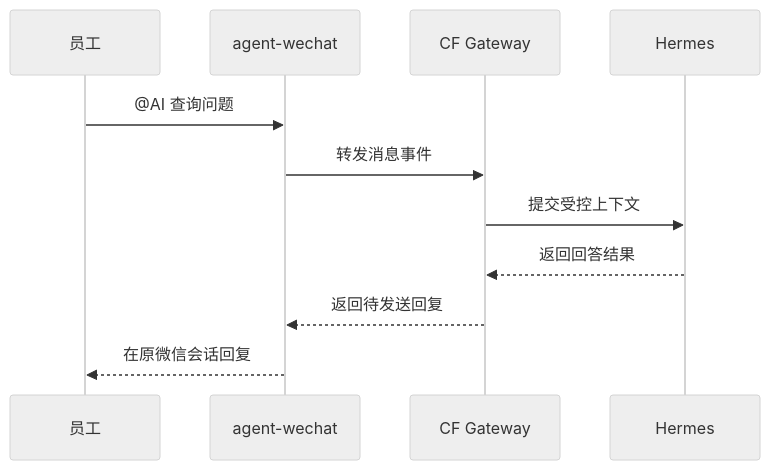
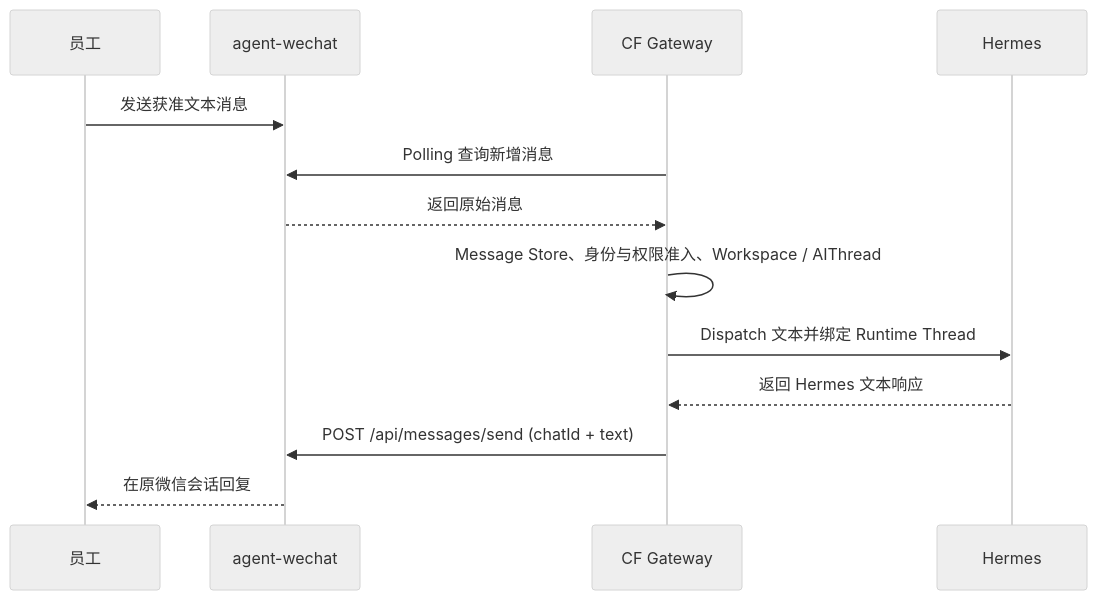
The first of 3 diagrams in architecture/message-flow.md (Tangbohu09527/CF_ecommerce-automation-docs), drawn with Mermaid (neutral theme) before and after one commit. The commit also changed other lines of this file and 20 other files, not shown here.

Commit message:
docs: update V1 staging architecture and validation records

````diff
--- a/architecture/message-flow.md
+++ b/architecture/message-flow.md
@@ -9,14 +9,16 @@
 ```mermaid
 sequenceDiagram
     participant E as 员工
     participant W as agent-wechat
     participant G as CF Gateway
     participant H as Hermes
 
-    E->>W: @AI 查询问题
-    W->>G: 转发消息事件
-    G->>H: 提交受控上下文
-    H-->>G: 返回回答结果
-    G-->>W: 返回待发送回复
+    E->>W: 发送获准文本消息
+    G->>W: Polling 查询新增消息
+    W-->>G: 返回原始消息
+    G->>G: Message Store、身份与权限准入、Workspace / AIThread
+    G->>H: Dispatch 文本并绑定 Runtime Thread
+    H-->>G: 返回 Hermes 文本响应
+    G->>W: POST /api/messages/send (chatId + text)
     W-->>E: 在原微信会话回复
 ```
````
